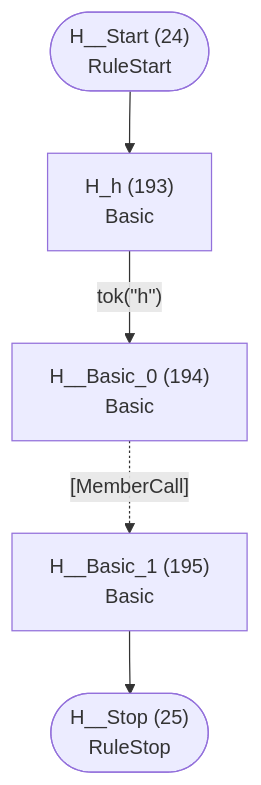
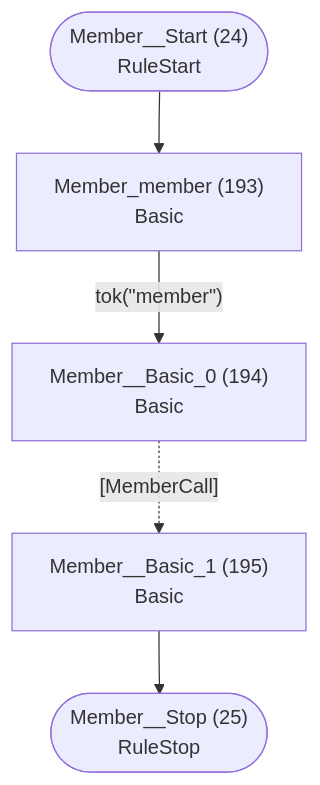
Before and after one commit to TypeFox/fastbelt: diagram 13 of 41 in internal/languages/completion/atn.md, drawn with Mermaid. The commit also changed other lines of this file and 11 other files, not shown here.

````diff
--- a/internal/languages/completion/atn.md
+++ b/internal/languages/completion/atn.md
@@ -378,13 +378,13 @@
 ```mermaid
 flowchart TD
-    q24(["H__Start (24)<br/>RuleStart"])
-    q25(["H__Stop (25)<br/>RuleStop"])
-    q193["H_h (193)<br/>Basic<br/>"]
-    q194["H__Basic_0 (194)<br/>Basic<br/>"]
-    q195["H__Basic_1 (195)<br/>Basic<br/>"]
+    q24(["Member__Start (24)<br/>RuleStart"])
+    q25(["Member__Stop (25)<br/>RuleStop"])
+    q193["Member_member (193)<br/>Basic<br/>"]
+    q194["Member__Basic_0 (194)<br/>Basic<br/>"]
+    q195["Member__Basic_1 (195)<br/>Basic<br/>"]
 
     q24 --> q193
-    q193 -->|"tok(&quot;h&quot;)"| q194
+    q193 -->|"tok(&quot;member&quot;)"| q194
     q194 -.->|"[MemberCall]"| q195
     q195 --> q25
 ```
````
